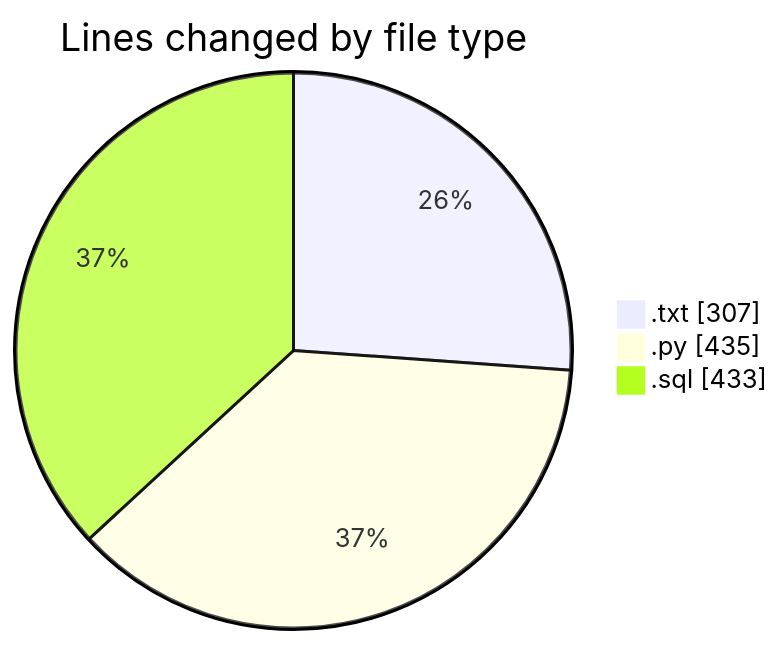
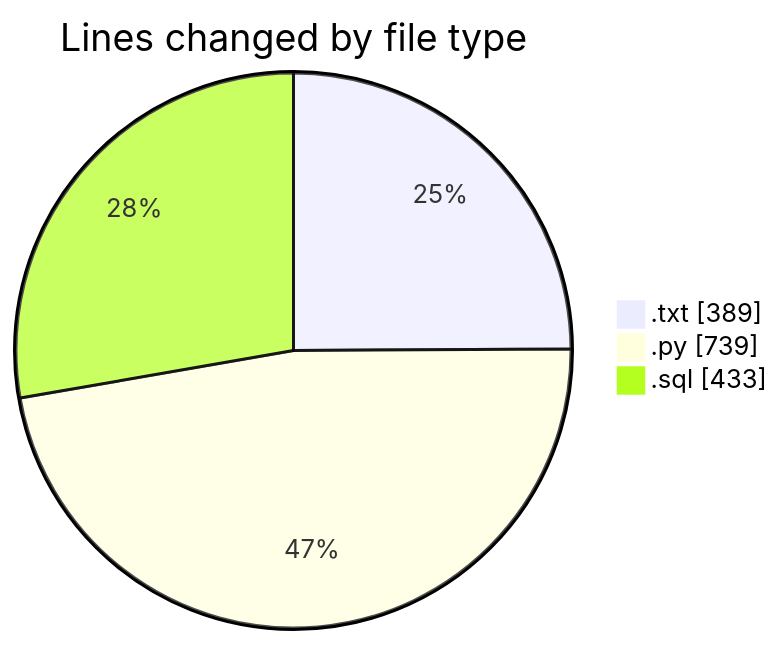
One commit to lephambinh05/code-tracking changed the first of 2 diagrams in 2025-09-16/datanv/README.md. Above: the diagram before and after it, drawn with Mermaid. The commit also changed other lines of this file and 1 other file, not shown here.

````diff
--- a/2025-09-16/datanv/README.md
+++ b/2025-09-16/datanv/README.md
@@ -25,7 +28,7 @@
 ```mermaid
 pie showData
 title Lines changed by file type
-".txt" : 307
-".py" : 435
+".txt" : 389
+".py" : 739
 ".sql" : 433
 ```
````
